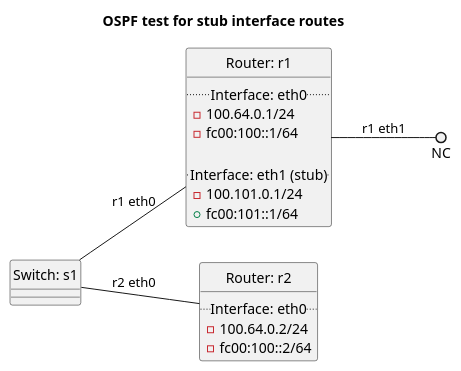
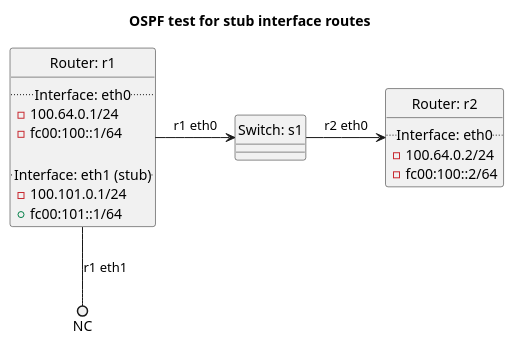
Before and after one commit to oscdev-io/birdplan: the diagram in tests/t30_ospf/t34_stub_interface/README.md, drawn with PlantUML. The commit also changed other lines of this file and 327 other files, not shown here.

````diff
--- a/tests/t30_ospf/t34_stub_interface/README.md
+++ b/tests/t30_ospf/t34_stub_interface/README.md
@@ -6,35 +9,34 @@
 ```plantuml
 @startuml
 hide circle
 title OSPF test for stub interface routes
-left to right direction
 
 
 class "Router: r1" {
   .. Interface: eth0 ..
 - 100.64.0.1/24
 - fc00:100::1/64
 
   .. Interface: eth1 (stub) ..
 - 100.101.0.1/24
 + fc00:101::1/64
 }
 
 
 class "Router: r2" {
   .. Interface: eth0 ..
 - 100.64.0.2/24
 - fc00:100::2/64
 }
 
 
 
 class "Switch: s1" {}
 
 
-"Switch: s1" -- "Router: r1": r1 eth0
-"Switch: s1" -- "Router: r2": r2 eth0
+"Router: r1" -> "Switch: s1": r1 eth0
+"Switch: s1" -> "Router: r2": r2 eth0
 "Router: r1" --() NC: r1 eth1
 
 @enduml
 ```
````
